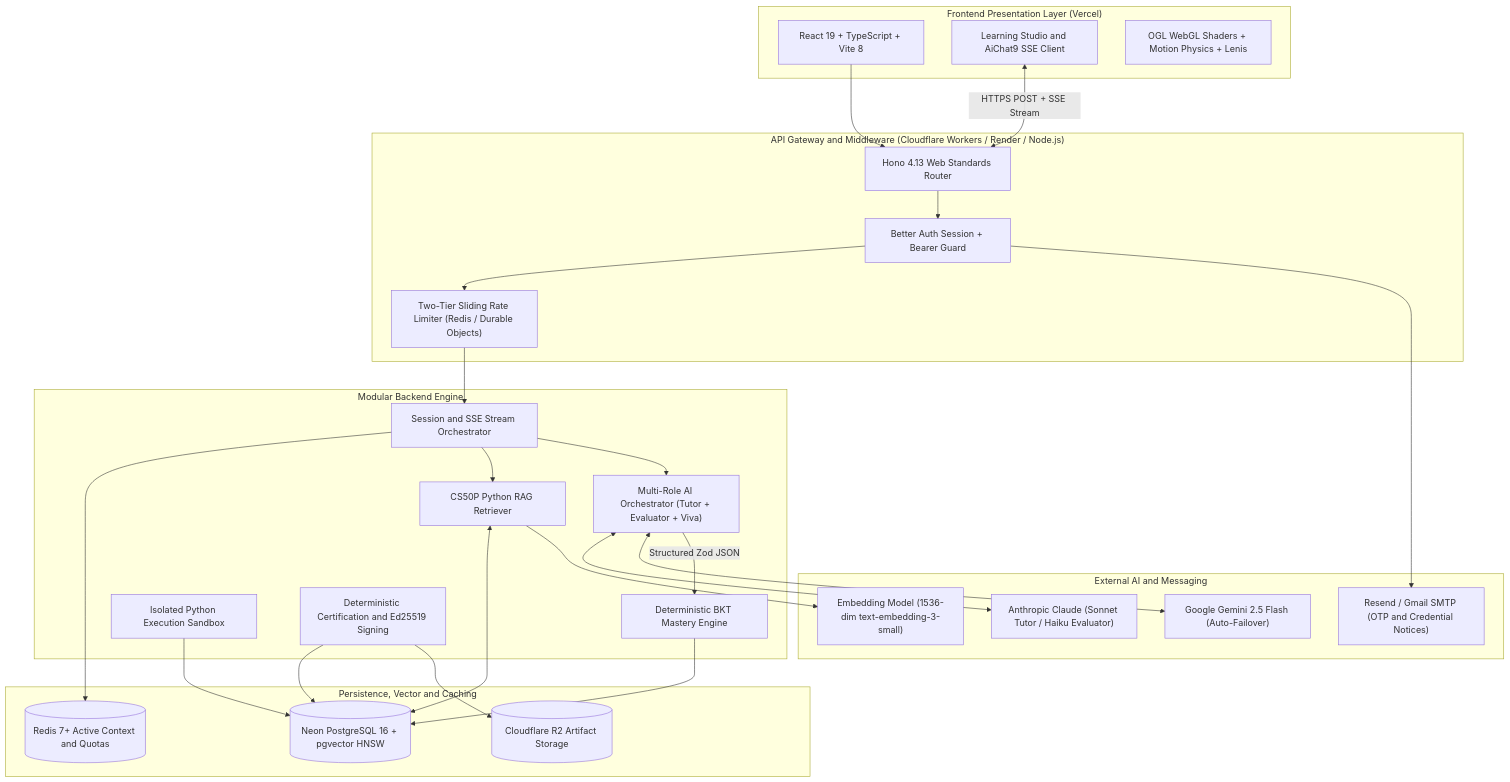
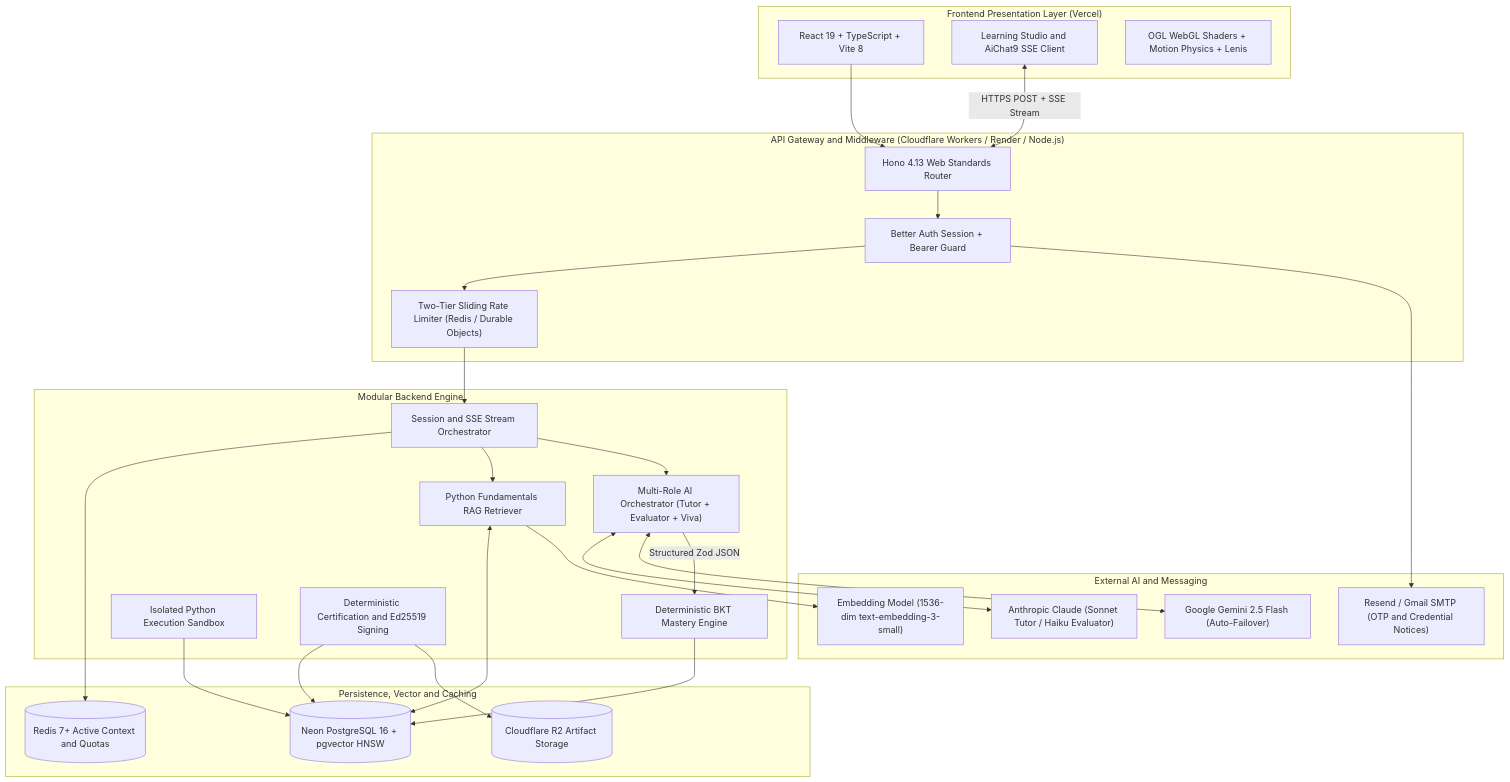
The first of 3 diagrams in CERTIFY_COMPLETE_SUMMARY.md (dhanushhkrishnappa/certify), drawn with Mermaid before and after one commit. The commit also changed other lines of this file and 189 other files, not shown here.

Commit message:
feat(curriculum): integrate Python Fundamentals v2.0, pgvector RAG, and live Socratic chat

````diff
--- a/CERTIFY_COMPLETE_SUMMARY.md
+++ b/CERTIFY_COMPLETE_SUMMARY.md
@@ -112,54 +112,54 @@
 ```mermaid
 flowchart TB
     subgraph ClientLayer ["Frontend Presentation Layer (Vercel)"]
         WebApp["React 19 + TypeScript + Vite 8"]
         StudioUI["Learning Studio and AiChat9 SSE Client"]
         VisualFX["OGL WebGL Shaders + Motion Physics + Lenis"]
     end
 
     subgraph EdgeLayer ["API Gateway and Middleware (Cloudflare Workers / Render / Node.js)"]
         HonoCore["Hono 4.13 Web Standards Router"]
         AuthGuard["Better Auth Session + Bearer Guard"]
         RateLimit["Two-Tier Sliding Rate Limiter (Redis / Durable Objects)"]
     end
 
     subgraph DomainLayer ["Modular Backend Engine"]
         SessionMgr["Session and SSE Stream Orchestrator"]
-        CS50PRAG["CS50P Python RAG Retriever"]
+        PythonRAG["Python Fundamentals RAG Retriever"]
         AIOrch["Multi-Role AI Orchestrator (Tutor + Evaluator + Viva)"]
         BKTMastery["Deterministic BKT Mastery Engine"]
         Sandbox["Isolated Python Execution Sandbox"]
         CertAuth["Deterministic Certification and Ed25519 Signing"]
     end
 
     subgraph DataLayer ["Persistence, Vector and Caching"]
         NeonPG[("Neon PostgreSQL 16 + pgvector HNSW")]
         Redis[("Redis 7+ Active Context and Quotas")]
         R2[("Cloudflare R2 Artifact Storage")]
     end
 
     subgraph ExternalProviders ["External AI and Messaging"]
         Claude["Anthropic Claude (Sonnet Tutor / Haiku Evaluator)"]
         Gemini["Google Gemini 2.5 Flash (Auto-Failover)"]
         Embeddings["Embedding Model (1536-dim text-embedding-3-small)"]
         Email["Resend / Gmail SMTP (OTP and Credential Notices)"]
     end
 
     WebApp --> HonoCore
     StudioUI <-->|HTTPS POST + SSE Stream| HonoCore
     HonoCore --> AuthGuard --> RateLimit
     RateLimit --> SessionMgr
     SessionMgr --> Redis
-    SessionMgr --> CS50PRAG
-    CS50PRAG <--> NeonPG
+    SessionMgr --> PythonRAG
+    PythonRAG <--> NeonPG
     SessionMgr --> AIOrch
     AIOrch <--> Claude
     AIOrch <--> Gemini
-    CS50PRAG --> Embeddings
+    PythonRAG --> Embeddings
     AIOrch -->|Structured Zod JSON| BKTMastery
     BKTMastery --> NeonPG
     Sandbox --> NeonPG
     CertAuth --> NeonPG
     CertAuth --> R2
     AuthGuard --> Email
 ```
````
